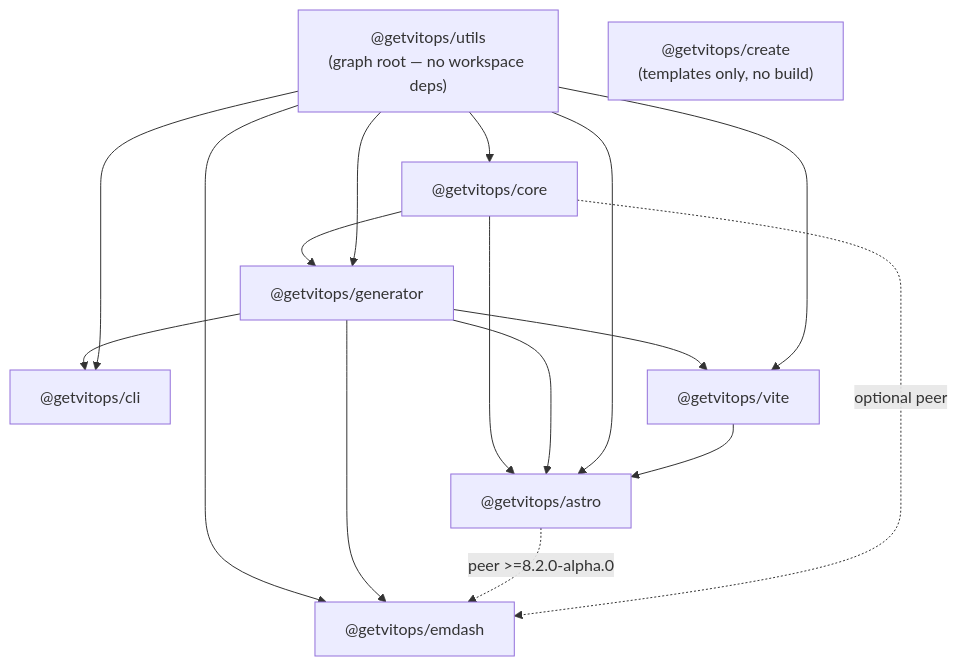
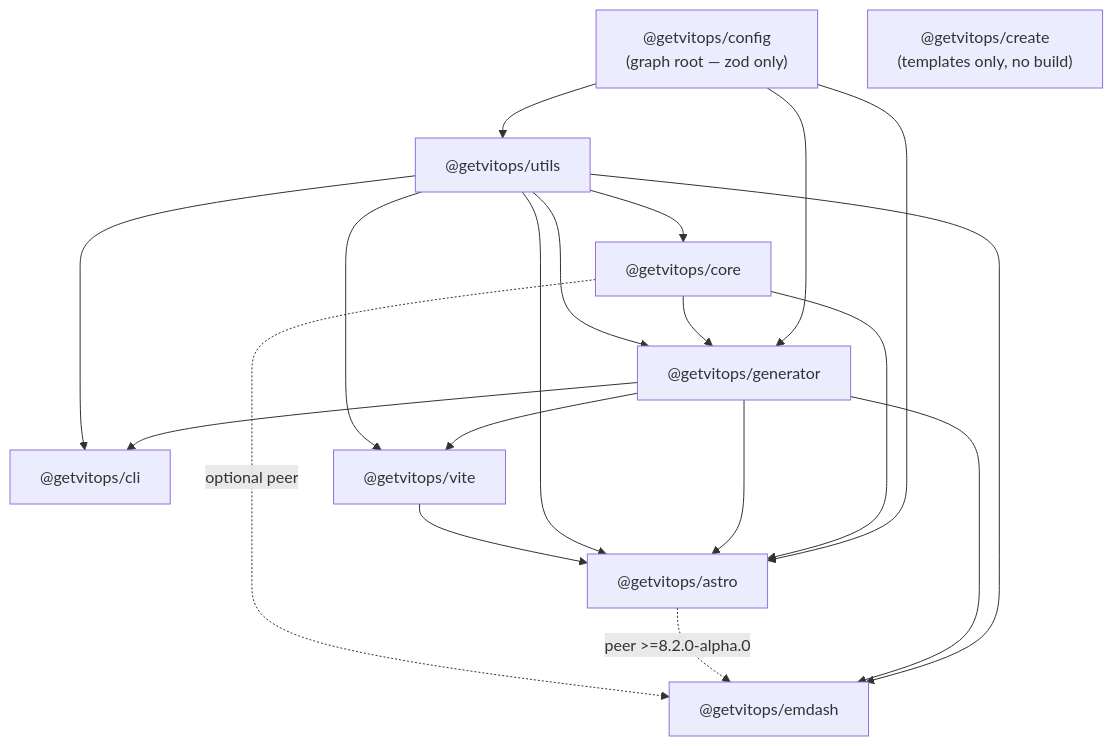
Before and after one commit to getvitops/design-system: the second of 3 diagrams in ARCHITECTURE.md, drawn with Mermaid. The commit also changed other lines of this file and 42 other files, not shown here.

First line of the commit message:
Extract provider config blocks into @getvitops/config (ADR-0001, Option B)

````diff
--- a/ARCHITECTURE.md
+++ b/ARCHITECTURE.md
@@ -244,26 +245,30 @@
 ```mermaid
 flowchart TD
-  utils["@getvitops/utils<br/>(graph root — no workspace deps)"]
+  cfg["@getvitops/config<br/>(graph root — zod only)"]
+  utils["@getvitops/utils"]
   core["@getvitops/core"]
   gen["@getvitops/generator"]
   cli["@getvitops/cli"]
   vp["@getvitops/vite"]
   as["@getvitops/astro"]
   em["@getvitops/emdash"]
   cr["@getvitops/create<br/>(templates only, no build)"]
 
+  cfg --> utils
+  cfg --> gen
+  cfg --> as
   utils --> core --> gen
   utils --> gen
   gen --> cli
   utils --> cli
   gen --> vp
   utils --> vp
   core --> as
   gen --> as
   utils --> as
   vp --> as
   utils --> em
   gen --> em
   as -.->|"peer >=8.2.0-alpha.0"| em
   core -.->|"optional peer"| em
 ```
````
